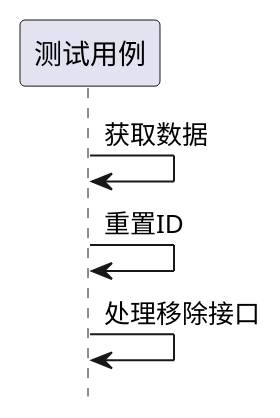
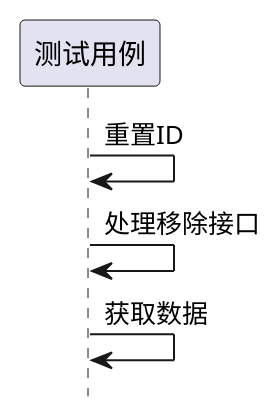
Before and after one commit to zj335841911/nt_chandao: the seventh of 8 diagrams in ibizpms-docs/src/main/doc/v1/module/zentao/Case_old.md, drawn with PlantUML. The commit also changed other lines of this file and 2125 other files, not shown here.

```diff
--- a/ibizpms-docs/src/main/doc/v1/module/zentao/Case_old.md
+++ b/ibizpms-docs/src/main/doc/v1/module/zentao/Case_old.md
@@ -375,7 +375,7 @@
 {% plantuml %}
 hide footbox
 
-测试用例 -> 测试用例: 获取数据
 测试用例 -> 测试用例: 重置ID
 测试用例 -> 测试用例: 处理移除接口
+测试用例 -> 测试用例: 获取数据
 {% endplantuml %}
```
